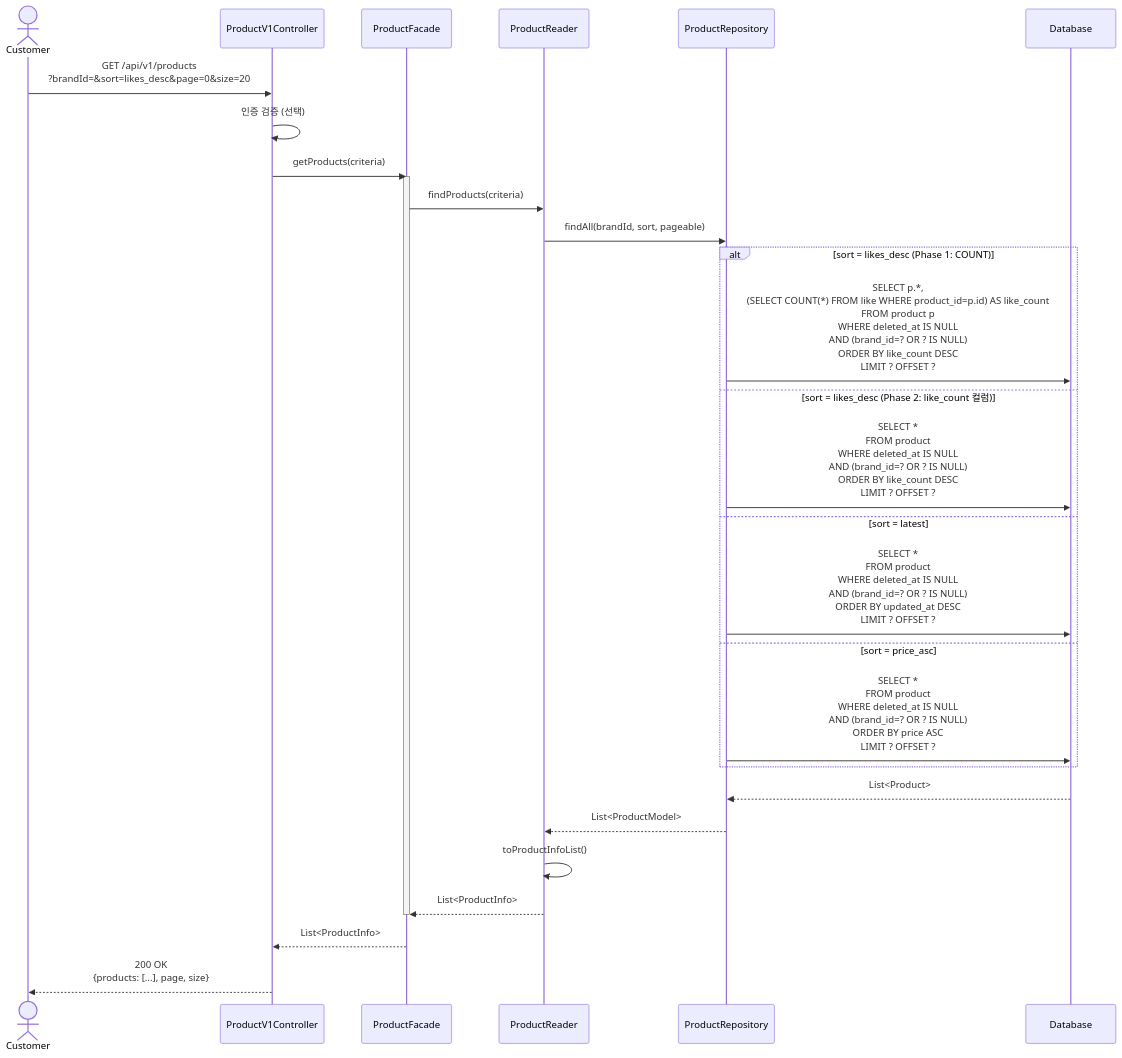
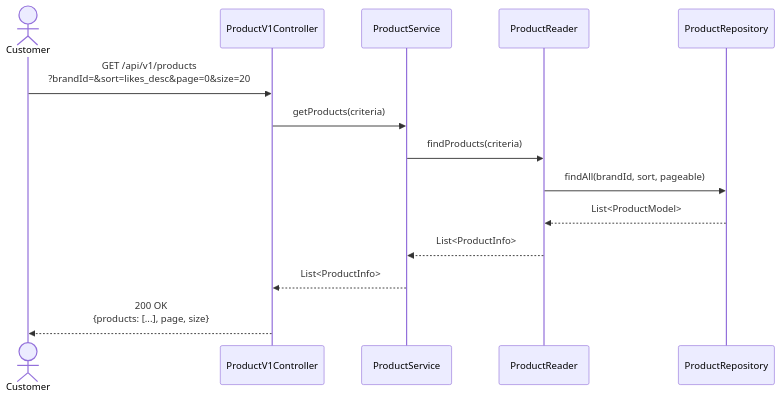
Before and after one commit to YoHanKi/loop-pack-be-l2-vol3-java: the fifth of 5 diagrams in docs/design/02-sequence-diagrams.md, drawn with Mermaid. The commit also changed other lines of this file, not shown here.

Commit message:
docs(sequence-diagrams): 시퀀스 다이어그램을 명확하게 변경, 불필요한 플로우 삭제.

````diff
--- a/docs/design/02-sequence-diagrams.md
+++ b/docs/design/02-sequence-diagrams.md
@@ -309,39 +257,31 @@
 ```mermaid
 sequenceDiagram
     actor Customer
     participant Controller as ProductV1Controller
-    participant Facade as ProductFacade
+    participant Service as ProductService
     participant ProductReader as ProductReader
     participant ProductRepo as ProductRepository
-    participant DB as Database
 
     Customer->>Controller: GET /api/v1/products<br/>?brandId=&sort=likes_desc&page=0&size=20
-    Controller->>Controller: 인증 검증 (선택)
-    Controller->>Facade: getProducts(criteria)
-
-    activate Facade
+    Controller->>Service: getProducts(criteria)
 
     %% 조회
-    Facade->>ProductReader: findProducts(criteria)
+    Service->>ProductReader: findProducts(criteria)
     ProductReader->>ProductRepo: findAll(brandId, sort, pageable)
 
-    alt sort = likes_desc (Phase 1: COUNT)
-        ProductRepo->>DB: SELECT p.*, <br/>(SELECT COUNT(*) FROM like WHERE product_id=p.id) AS like_count<br/>FROM product p<br/>WHERE deleted_at IS NULL<br/>AND (brand_id=? OR ? IS NULL)<br/>ORDER BY like_count DESC<br/>LIMIT ? OFFSET ?
-    else sort = likes_desc (Phase 2: like_count 컬럼)
-        ProductRepo->>DB: SELECT *<br/>FROM product<br/>WHERE deleted_at IS NULL<br/>AND (brand_id=? OR ? IS NULL)<br/>ORDER BY like_count DESC<br/>LIMIT ? OFFSET ?
-    else sort = latest
-        ProductRepo->>DB: SELECT *<br/>FROM product<br/>WHERE deleted_at IS NULL<br/>AND (brand_id=? OR ? IS NULL)<br/>ORDER BY updated_at DESC<br/>LIMIT ? OFFSET ?
-    else sort = price_asc
-        ProductRepo->>DB: SELECT *<br/>FROM product<br/>WHERE deleted_at IS NULL<br/>AND (brand_id=? OR ? IS NULL)<br/>ORDER BY price ASC<br/>LIMIT ? OFFSET ?
-    end
+%%    alt sort = likes_desc (Phase 1: COUNT)
+%%        ProductRepo->>DB: SELECT p.*, <br/>(SELECT COUNT(*) FROM like WHERE product_id=p.id) AS like_count<br/>FROM product p<br/>WHERE deleted_at IS NULL<br/>AND (brand_id=? OR ? IS NULL)<br/>ORDER BY like_count DESC<br/>LIMIT ? OFFSET ?
+%%    else sort = likes_desc (Phase 2: like_count 컬럼)
+%%        ProductRepo->>DB: SELECT *<br/>FROM product<br/>WHERE deleted_at IS NULL<br/>AND (brand_id=? OR ? IS NULL)<br/>ORDER BY like_count DESC<br/>LIMIT ? OFFSET ?
+%%    else sort = latest
+%%        ProductRepo->>DB: SELECT *<br/>FROM product<br/>WHERE deleted_at IS NULL<br/>AND (brand_id=? OR ? IS NULL)<br/>ORDER BY updated_at DESC<br/>LIMIT ? OFFSET ?
+%%    else sort = price_asc
+%%        ProductRepo->>DB: SELECT *<br/>FROM product<br/>WHERE deleted_at IS NULL<br/>AND (brand_id=? OR ? IS NULL)<br/>ORDER BY price ASC<br/>LIMIT ? OFFSET ?
+%%    end
 
-    DB-->>ProductRepo: List<Product>
     ProductRepo-->>ProductReader: List<ProductModel>
-    ProductReader->>ProductReader: toProductInfoList()
-    ProductReader-->>Facade: List<ProductInfo>
+    ProductReader-->>Service: List<ProductInfo>
 
-    deactivate Facade
-
-    Facade-->>Controller: List<ProductInfo>
+    Service-->>Controller: List<ProductInfo>
     Controller-->>Customer: 200 OK<br/>{products: [...], page, size}
 ```
````
